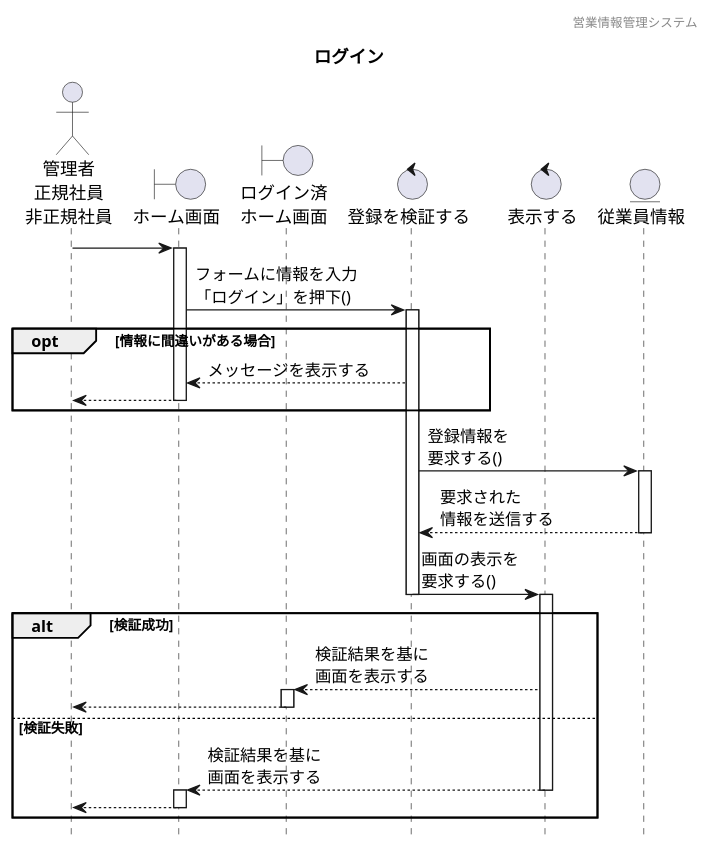
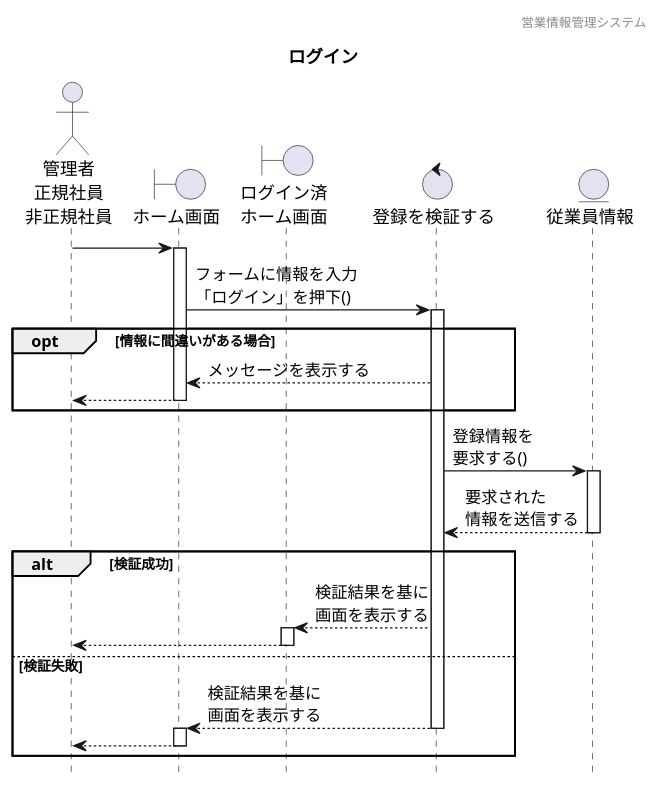
Before and after one commit to HaruShim/Sotuken: the diagram in 各種設計書/4シーケンス図/ログイン.wsd, drawn with PlantUML. The commit also changed 3 other files, not shown here.

```diff
--- a/各種設計書/4シーケンス図/ログイン.wsd
+++ b/各種設計書/4シーケンス図/ログイン.wsd
@@ -1,52 +1,52 @@
 @startuml sequence
 
 hide footbox
 header 営業情報管理システム
 title ログイン
 
 ' actor "" as 
 actor "管理者\n正規社員\n非正規社員" as a1
 
 ' boundary "" as
 boundary "ホーム画面" as b1
 boundary "ログイン済\nホーム画面" as b2
 
 ' control "" as 
 control "登録を検証する" as c1
-control "表示する" as c2
+' control "表示する" as c2
 
 ' entity "" as
 entity "従業員情報" as e1
 
 a1 -> b1
 activate b1
 b1 -> c1 : フォームに情報を入力\n「ログイン」を押下()
 activate c1
 opt 情報に間違いがある場合
 c1 --> b1 : メッセージを表示する
 b1 --> a1
 deactivate b1
 end
 c1 -> e1 : 登録情報を\n要求する() 
 activate e1
 e1 --> c1 : 要求された\n情報を送信する
 deactivate e1
-c1 -> c2 : 画面の表示を\n要求する()
-deactivate c1
+' c1 -> c2 : 画面の表示を\n要求する()
 alt 検証成功
-activate c2
-c2 --> b2 : 検証結果を基に\n画面を表示する
+' activate c2
+c1 --> b2 : 検証結果を基に\n画面を表示する
 activate b2
 b2 --> a1
 deactivate b2
 else 検証失敗
-c2 --> b1 : 検証結果を基に\n画面を表示する
-deactivate c2
+c1 --> b1 : 検証結果を基に\n画面を表示する
+' deactivate c2
+deactivate c1
 activate b1
 b1 --> a1
 deactivate b1
 end
 
 
 
 @enduml
```
